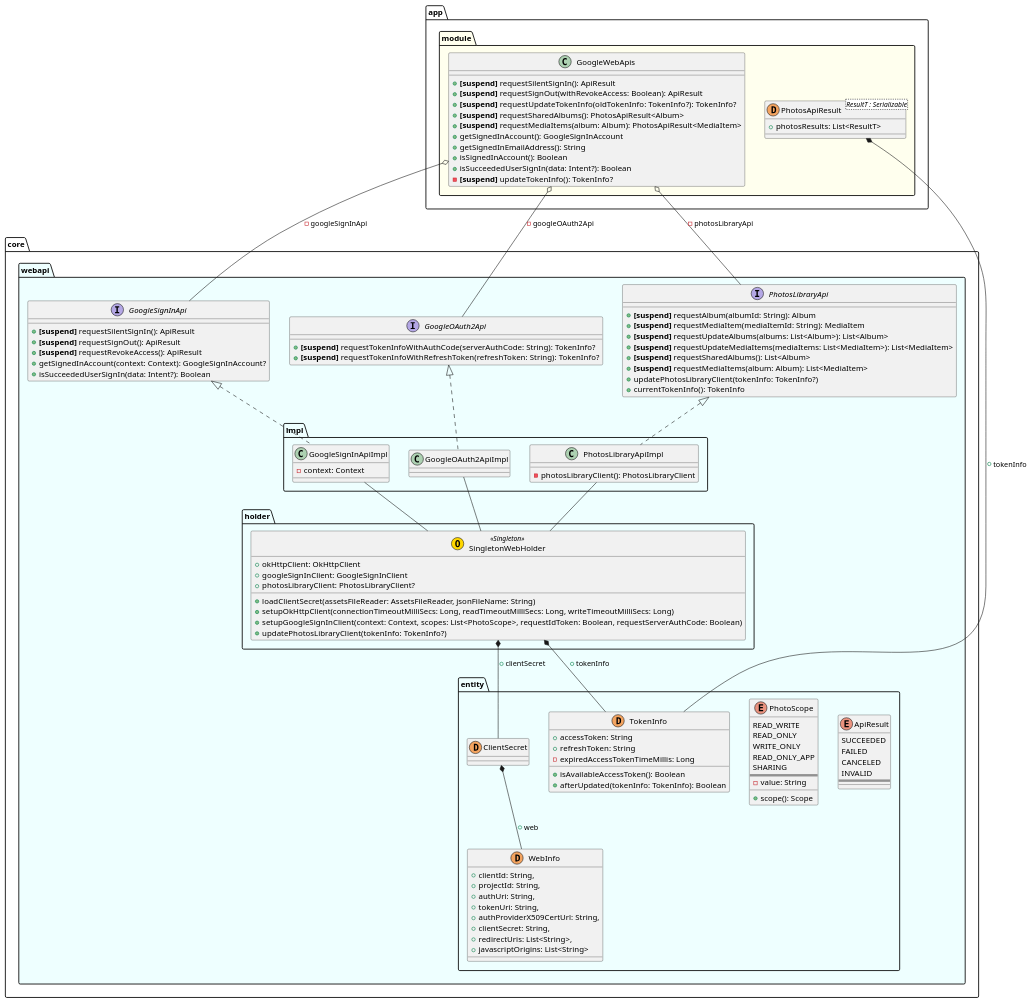
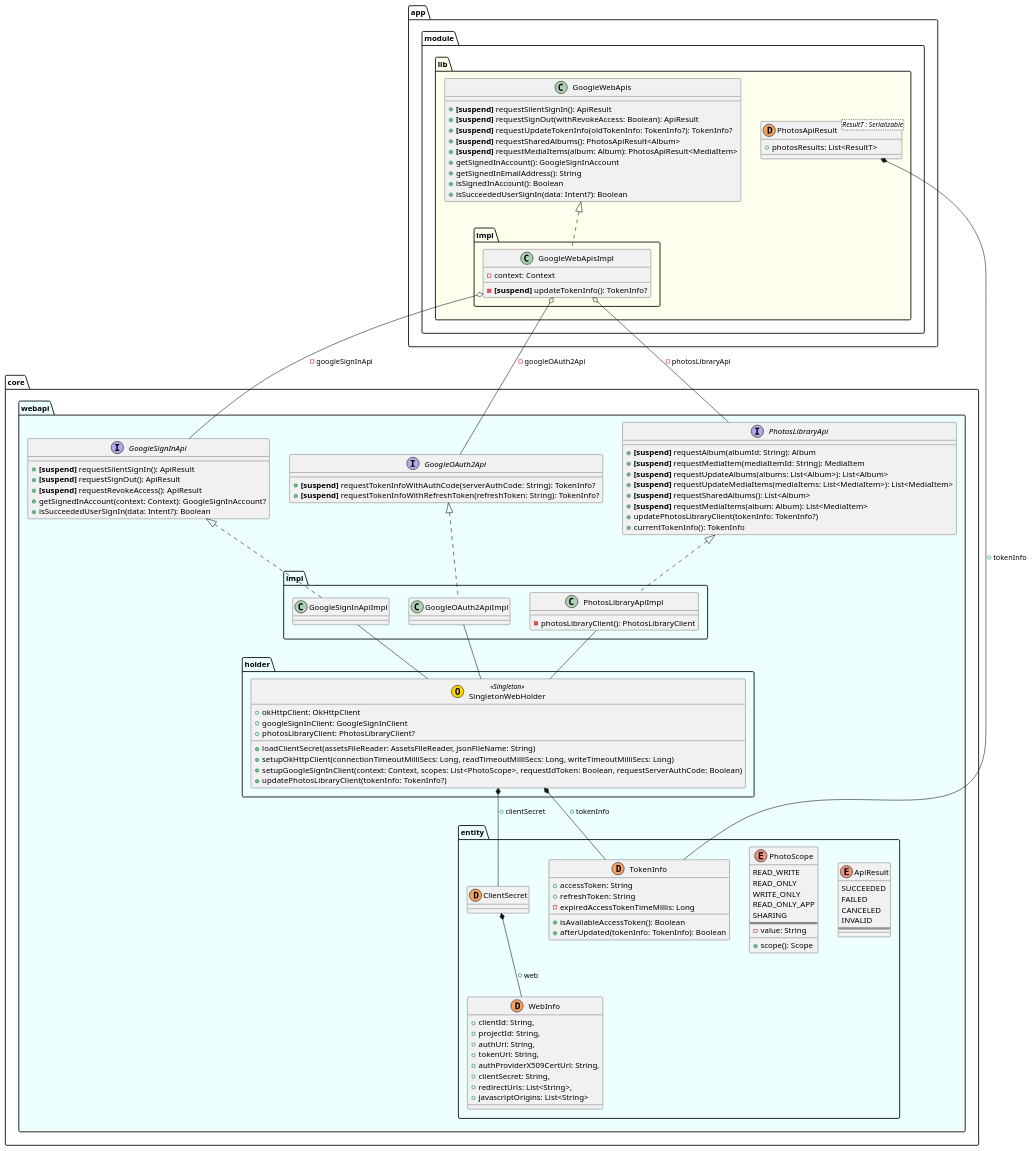
One commit to sallyluenoa/PhotoSlideShow changed the diagram in uml/webapi/class_diagram_webapi.md. Above: the diagram before and after it, drawn with PlantUML. The commit also changed 18 other files, not shown here.

First line of the commit message:
Write UML for design #13

```diff
--- a/uml/webapi/class_diagram_webapi.md
+++ b/uml/webapi/class_diagram_webapi.md
@@ -56,9 +56,7 @@
   }
 
   namespace impl {
-    class GoogleSignInApiImpl {
-      - context: Context
-    }
+    class GoogleSignInApiImpl
     class GoogleOAuth2ApiImpl
     class PhotosLibraryApiImpl {
       - photosLibraryClient(): PhotosLibraryClient
@@ -88,7 +86,7 @@
   }
 }
 
-namespace app.module #FFFFEE {
+namespace app.module.lib #FFFFEE {
   class PhotosApiResult<ResultT : Serializable> << (D, sandybrown) >> {
     + photosResults: List<ResultT>
   }
@@ -102,11 +100,16 @@
     + getSignedInEmailAddress(): String
     + isSignedInAccount(): Boolean
     + isSucceededUserSignIn(data: Intent?): Boolean
-    - <B>[suspend]</B> updateTokenInfo(): TokenInfo?
+  }
+  namespace impl {
+    class GoogleWebApisImpl {
+      - context: Context
+      - <B>[suspend]</B> updateTokenInfo(): TokenInfo?
+    }
   }
 }
 
-app.module.PhotosApiResult *-- core.webapi.entity.TokenInfo: + tokenInfo
+app.module.lib.PhotosApiResult *-- core.webapi.entity.TokenInfo: + tokenInfo
 core.webapi.holder.SingletonWebHolder *-- core.webapi.entity.TokenInfo: + tokenInfo
 core.webapi.holder.SingletonWebHolder *-- core.webapi.entity.ClientSecret: + clientSecret
 
@@ -118,7 +121,8 @@
 core.webapi.GoogleOAuth2Api <|.. core.webapi.impl.GoogleOAuth2ApiImpl
 core.webapi.PhotosLibraryApi <|.. core.webapi.impl.PhotosLibraryApiImpl
 
-app.module.GoogleWebApis o-- core.webapi.GoogleSignInApi: - googleSignInApi
-app.module.GoogleWebApis o-- core.webapi.GoogleOAuth2Api: - googleOAuth2Api
-app.module.GoogleWebApis o-- core.webapi.PhotosLibraryApi: - photosLibraryApi
+app.module.lib.impl.GoogleWebApisImpl .up.|> app.module.lib.GoogleWebApis
+app.module.lib.impl.GoogleWebApisImpl o-- core.webapi.GoogleSignInApi: - googleSignInApi
+app.module.lib.impl.GoogleWebApisImpl o-- core.webapi.GoogleOAuth2Api: - googleOAuth2Api
+app.module.lib.impl.GoogleWebApisImpl o-- core.webapi.PhotosLibraryApi: - photosLibraryApi
 @enduml
```
